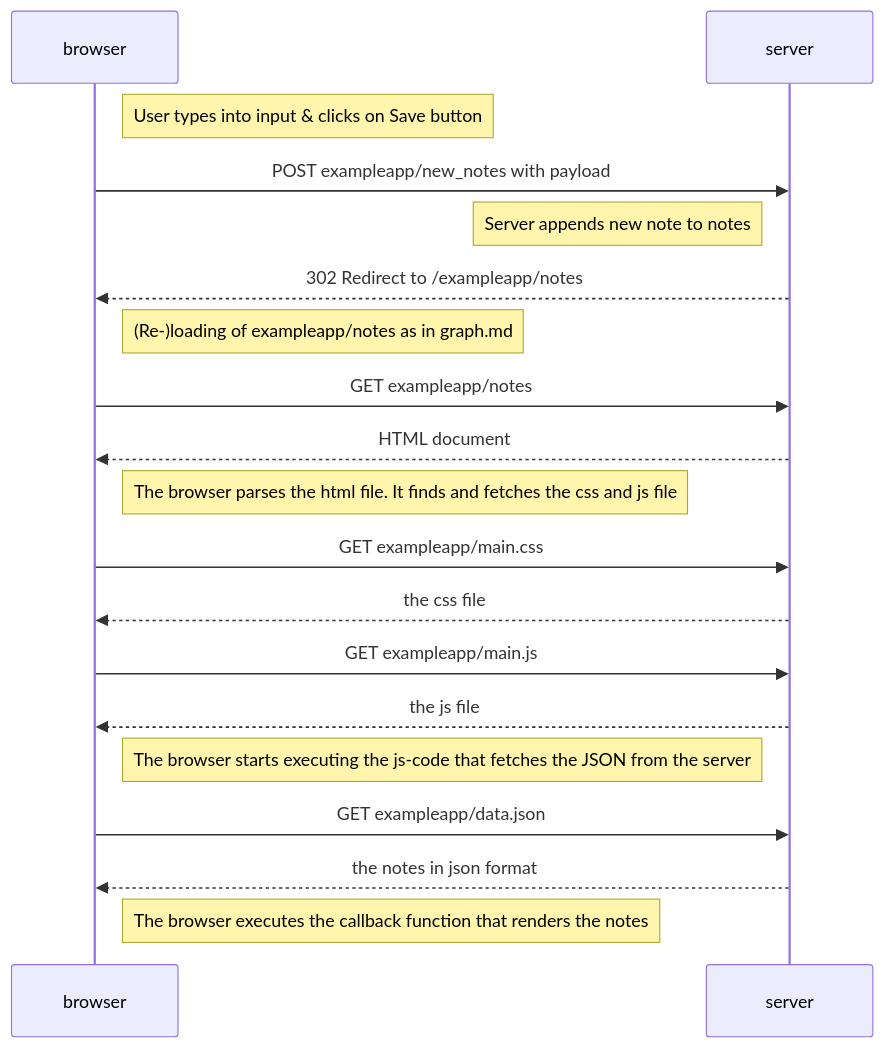
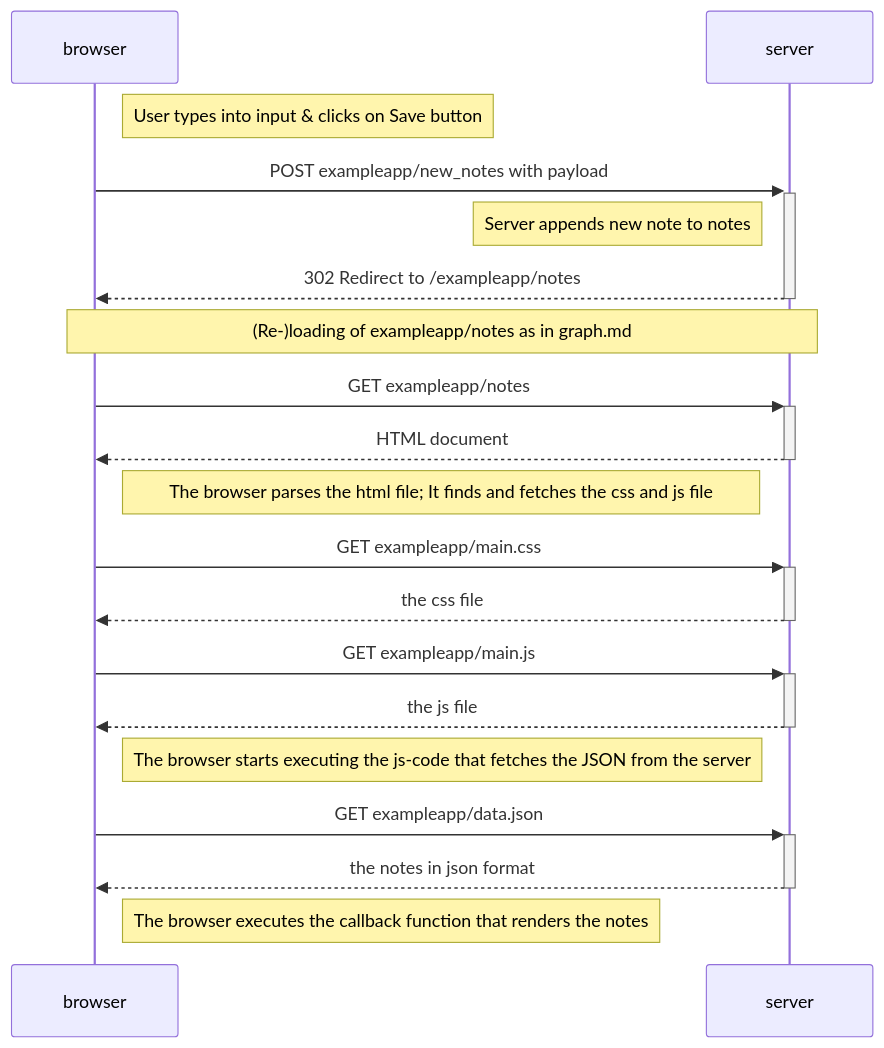
Before and after one commit to SilverZer0/fullstackopen.com: the diagram in part0/exercise 4.md, drawn with Mermaid. The commit also changed 2 other files, not shown here.

Commit message:
minor changes + exercise 5 & 6

````diff
--- a/part0/exercise 4.md
+++ b/part0/exercise 4.md
@@ -3,30 +3,30 @@
 ```mermaid
 sequenceDiagram
     participant browser
     participant server
 
     Note right of browser: User types into input & clicks on Save button
-    browser->>server: POST exampleapp/new_notes with payload
+    browser->>+server: POST exampleapp/new_notes with payload
     Note left of server: Server appends new note to notes
-    server-->>browser: 302 Redirect to /exampleapp/notes
+    server-->>-browser: 302 Redirect to /exampleapp/notes
 
-    Note right of browser: (Re-)loading of exampleapp/notes as in graph.md
+    Note over browser,server: (Re-)loading of exampleapp/notes as in graph.md
 
-    browser->>server: GET exampleapp/notes
-    server-->>browser: HTML document
+    browser->>+server: GET exampleapp/notes
+    server-->>-browser: HTML document
 
-    Note right of browser: The browser parses the html file. It finds and fetches the css and js file
+    Note right of browser: The browser parses the html file#semi; It finds and fetches the css and js file
 
-    browser->>server: GET exampleapp/main.css
-    server-->>browser: the css file
+    browser->>+server: GET exampleapp/main.css
+    server-->>-browser: the css file
 
-    browser->>server: GET exampleapp/main.js
-    server-->>browser: the js file
+    browser->>+server: GET exampleapp/main.js
+    server-->>-browser: the js file
 
     Note right of browser: The browser starts executing the js-code that fetches the JSON from the server
 
-    browser->>server: GET exampleapp/data.json
-    server-->>browser: the notes in json format
+    browser->>+server: GET exampleapp/data.json
+    server-->>-browser: the notes in json format
 
     Note right of browser: The browser executes the callback function that renders the notes
 ```
````
